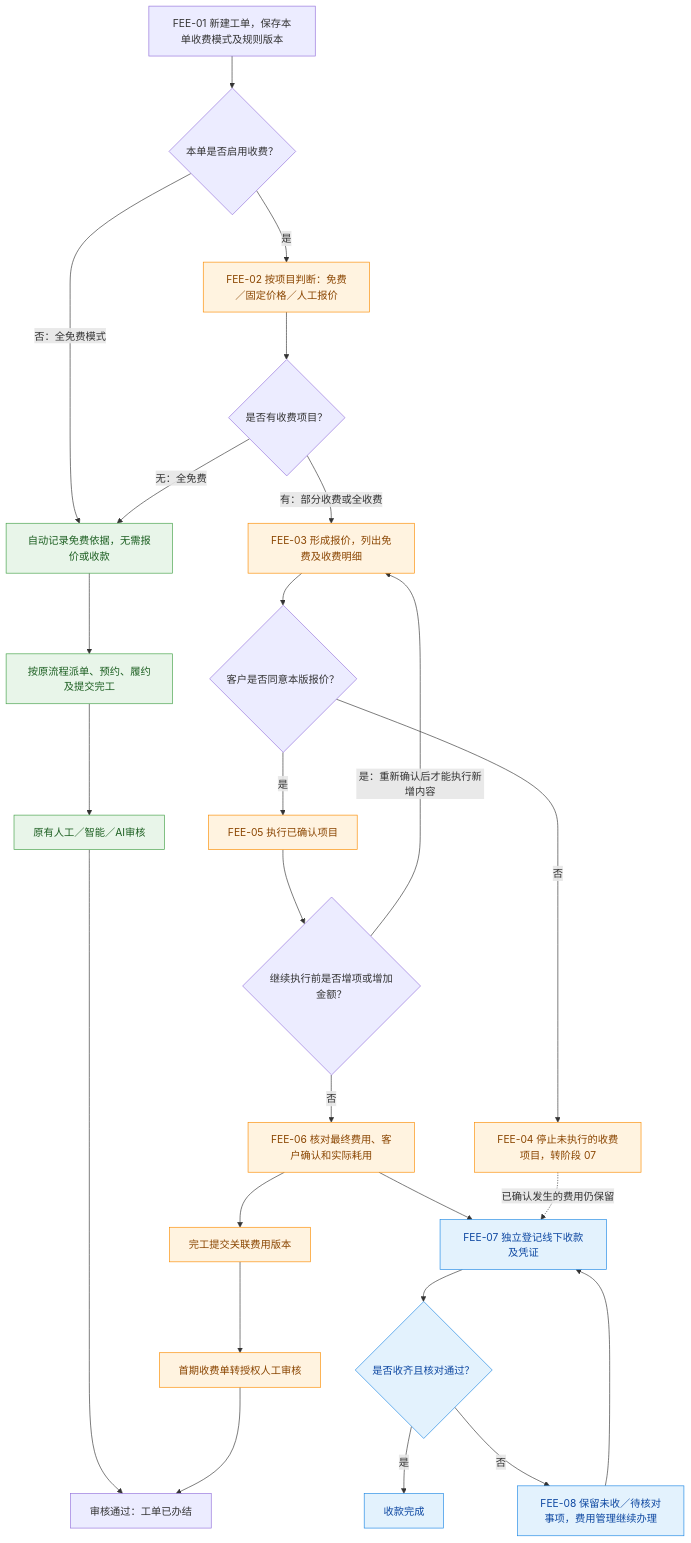
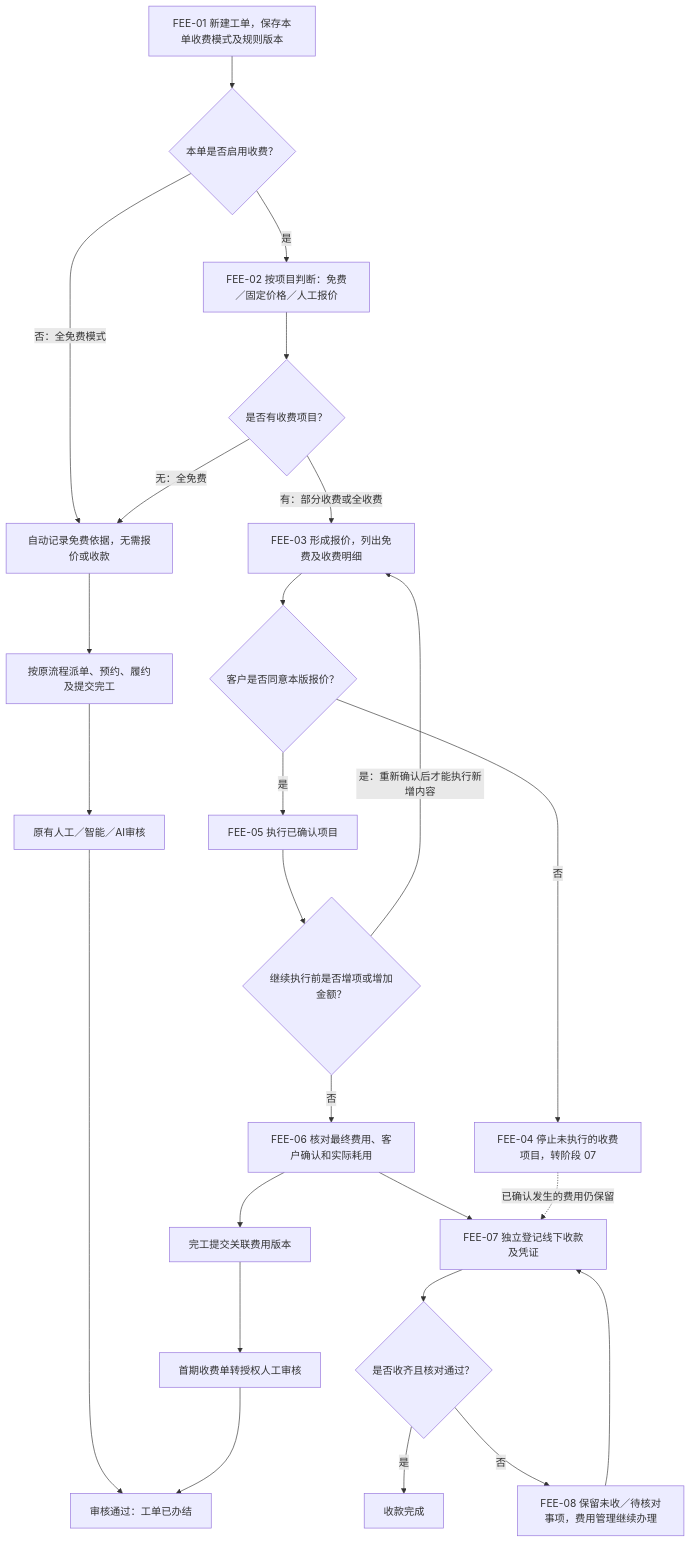
Before and after one commit to zhiyuan23/toto-after-sales-docs: the diagram in 05-业务流程/08-费用确认与线下收款.md, drawn with Mermaid.

Commit message:
style(docs): 清理费用确认流程图配色定义

````diff
--- a/05-业务流程/08-费用确认与线下收款.md
+++ b/05-业务流程/08-费用确认与线下收款.md
@@ -40,34 +40,28 @@
 ```mermaid
 flowchart TD
     FEE_01["FEE-01 新建工单，保存本单收费模式及规则版本"] --> MODE{"本单是否启用收费？"}
     MODE -->|否：全免费模式| FREE["自动记录免费依据，无需报价或收款"]
     MODE -->|是| FEE_02["FEE-02 按项目判断：免费／固定价格／人工报价"]
     FEE_02 --> CHECK{"是否有收费项目？"}
     CHECK -->|无：全免费| FREE
     CHECK -->|有：部分收费或全收费| FEE_03["FEE-03 形成报价，列出免费及收费明细"]
     FEE_03 --> ACCEPT{"客户是否同意本版报价？"}
     ACCEPT -->|否| FEE_04["FEE-04 停止未执行的收费项目，转阶段 07"]
     ACCEPT -->|是| FEE_05["FEE-05 执行已确认项目"]
     FEE_05 --> CHANGE{"继续执行前是否增项或增加金额？"}
     CHANGE -->|是：重新确认后才能执行新增内容| FEE_03
     CHANGE -->|否| FEE_06["FEE-06 核对最终费用、客户确认和实际耗用"]
     FREE --> ORIGINAL["按原流程派单、预约、履约及提交完工"]
     ORIGINAL --> REVIEW["原有人工／智能／AI审核"]
     REVIEW --> CLOSED["审核通过：工单已办结"]
     FEE_06 --> SUBMIT["完工提交关联费用版本"]
     SUBMIT --> HUMAN["首期收费单转授权人工审核"]
     HUMAN --> CLOSED
     FEE_06 --> FEE_07["FEE-07 独立登记线下收款及凭证"]
     FEE_07 --> PAID{"是否收齐且核对通过？"}
     PAID -->|是| FINISHED["收款完成"]
     PAID -->|否| FEE_08["FEE-08 保留未收／待核对事项，费用管理继续办理"]
     FEE_08 --> FEE_07
     FEE_04 -. 已确认发生的费用仍保留 .-> FEE_07
 
-    classDef free fill:#e8f5e9,stroke:#43a047,color:#1b5e20
-    classDef charge fill:#fff3e0,stroke:#fb8c00,color:#8a4500
-    classDef finance fill:#e3f2fd,stroke:#1e88e5,color:#0d47a1
-    class FREE,ORIGINAL,REVIEW free
-    class FEE_02,FEE_03,FEE_04,FEE_05,FEE_06,SUBMIT,HUMAN charge
-    class FEE_07,FEE_08,PAID,FINISHED finance
 ```
````
